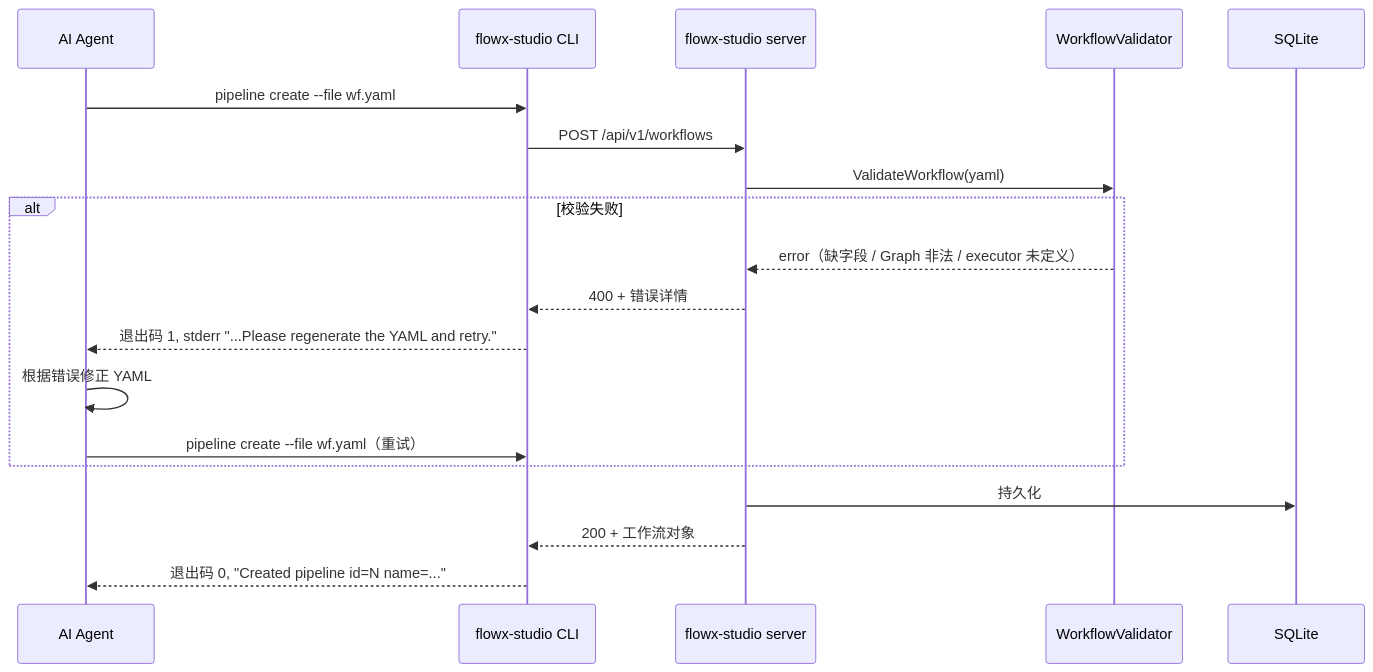
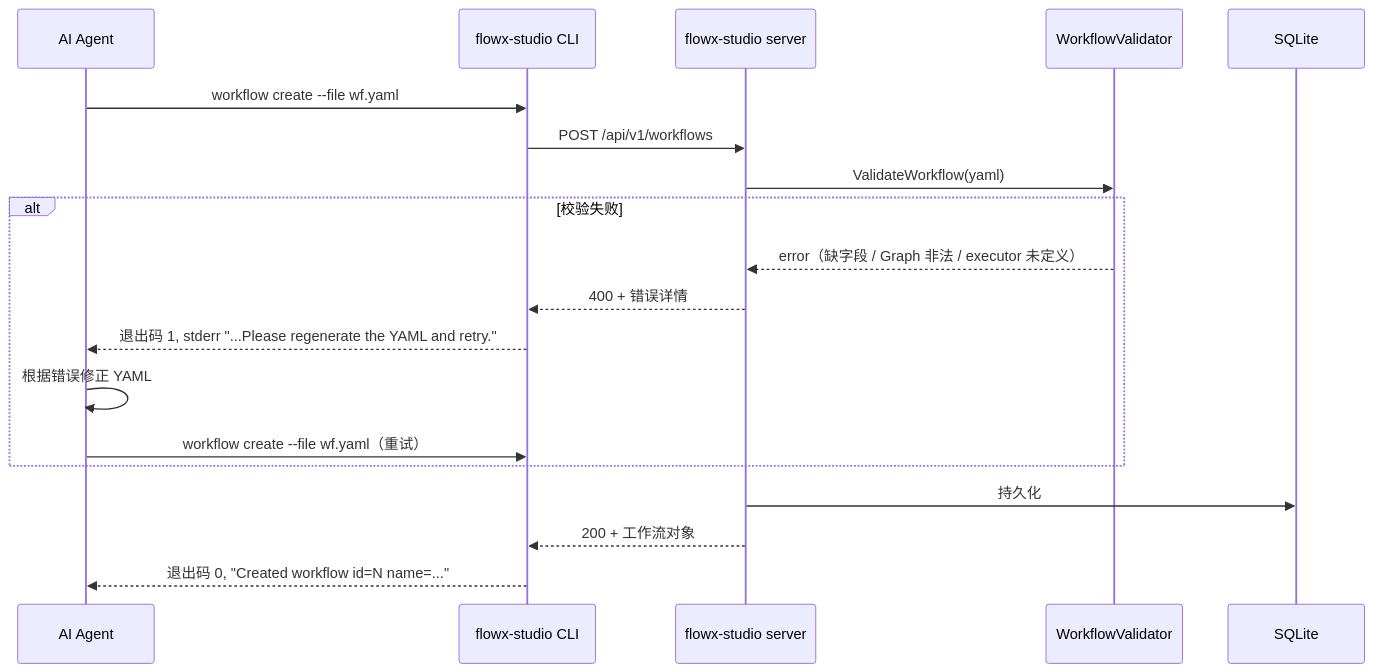
One commit to LerkoX/flowx-studio changed the second of 3 diagrams in docs/06-ai-service.md. Above: the diagram before and after it, drawn with Mermaid. The commit also changed other lines of this file and 58 other files, not shown here.

First line of the commit message:
refactor: 跟进 flowx Pipeline→Workflow 更名

````diff
--- a/docs/06-ai-service.md
+++ b/docs/06-ai-service.md
@@ -203,22 +203,22 @@
 ```mermaid
 sequenceDiagram
     participant AI as AI Agent
     participant CLI as flowx-studio CLI
     participant HTTP as flowx-studio server
     participant V as WorkflowValidator
     participant DB as SQLite
 
-    AI->>CLI: pipeline create --file wf.yaml
+    AI->>CLI: workflow create --file wf.yaml
     CLI->>HTTP: POST /api/v1/workflows
     HTTP->>V: ValidateWorkflow(yaml)
     alt 校验失败
         V-->>HTTP: error（缺字段 / Graph 非法 / executor 未定义）
         HTTP-->>CLI: 400 + 错误详情
         CLI-->>AI: 退出码 1, stderr "...Please regenerate the YAML and retry."
         AI->>AI: 根据错误修正 YAML
-        AI->>CLI: pipeline create --file wf.yaml（重试）
+        AI->>CLI: workflow create --file wf.yaml（重试）
     end
     HTTP->>DB: 持久化
     HTTP-->>CLI: 200 + 工作流对象
-    CLI-->>AI: 退出码 0, "Created pipeline id=N name=..."
+    CLI-->>AI: 退出码 0, "Created workflow id=N name=..."
 ```
````
